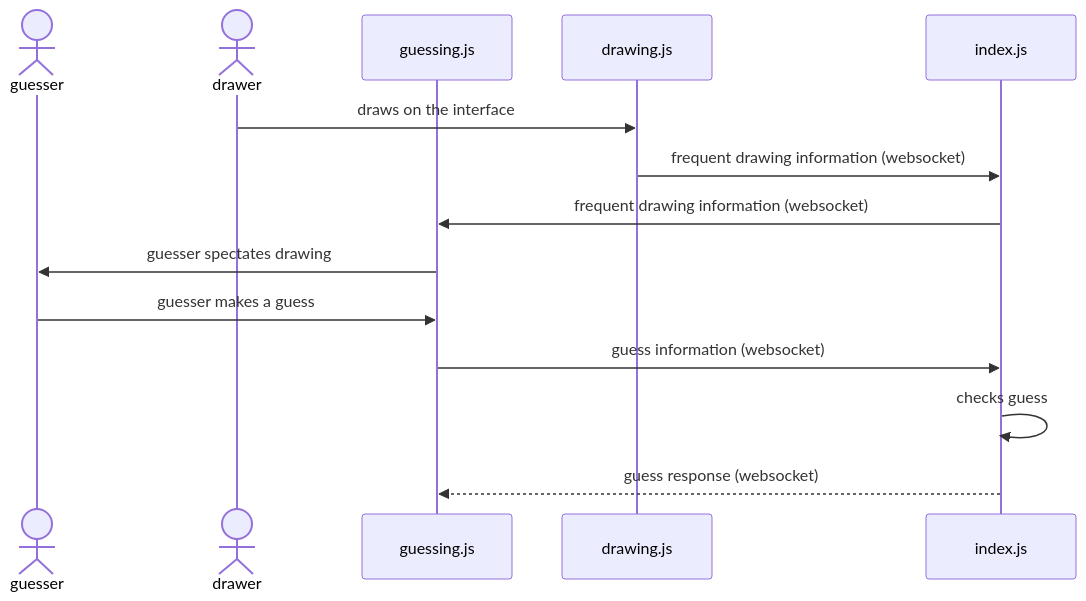
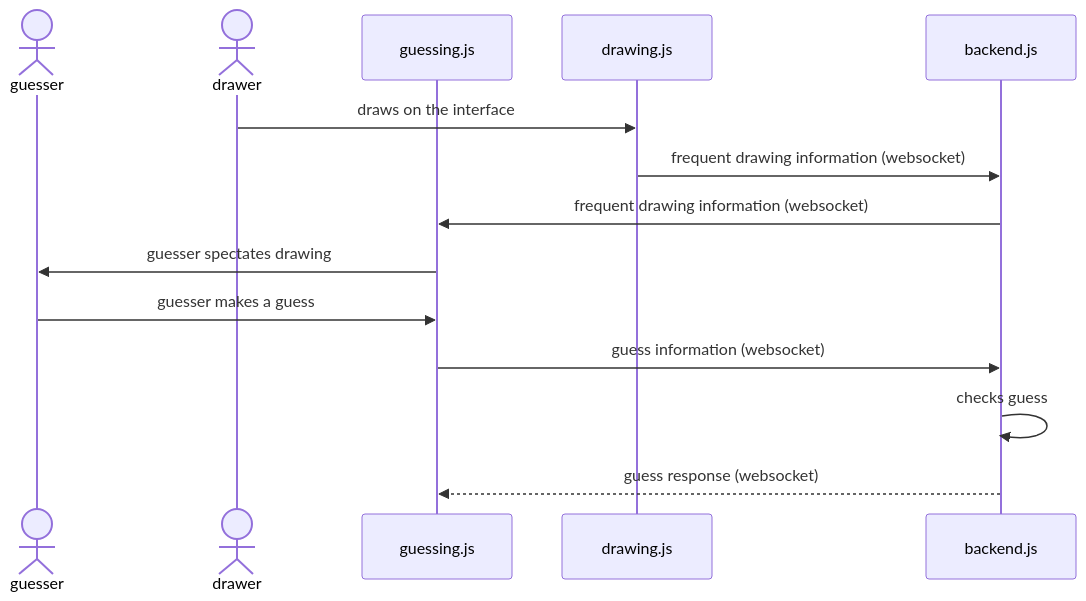
The tenth of 13 diagrams in documentation/docs/system-architecture/design.md (Capstone-Projects-2025-Spring/project-aac-game-team-a), drawn with Mermaid before and after one commit. The commit also changed other lines of this file, not shown here.

Commit message:
added necessary return arrows and explained diagram steps

````diff
--- a/documentation/docs/system-architecture/design.md
+++ b/documentation/docs/system-architecture/design.md
@@ -235,19 +239,19 @@
 ```mermaid
 sequenceDiagram
 
 actor guesser
 actor drawer
 participant guessing.js
 participant drawing.js
-participant index.js
+participant backend.js
 
 drawer ->> drawing.js: draws on the interface
-drawing.js ->> index.js: frequent drawing information (websocket)
-index.js ->> guessing.js: frequent drawing information (websocket)
+drawing.js ->> backend.js: frequent drawing information (websocket)
+backend.js ->> guessing.js: frequent drawing information (websocket)
 guessing.js ->> guesser: guesser spectates drawing
 guesser ->> guessing.js: guesser makes a guess
-guessing.js ->> index.js: guess information (websocket)
-index.js ->> index.js: checks guess
-index.js -->> guessing.js: guess response (websocket)
+guessing.js ->> backend.js: guess information (websocket)
+backend.js ->> backend.js: checks guess
+backend.js -->> guessing.js: guess response (websocket)
 
 ```
````
